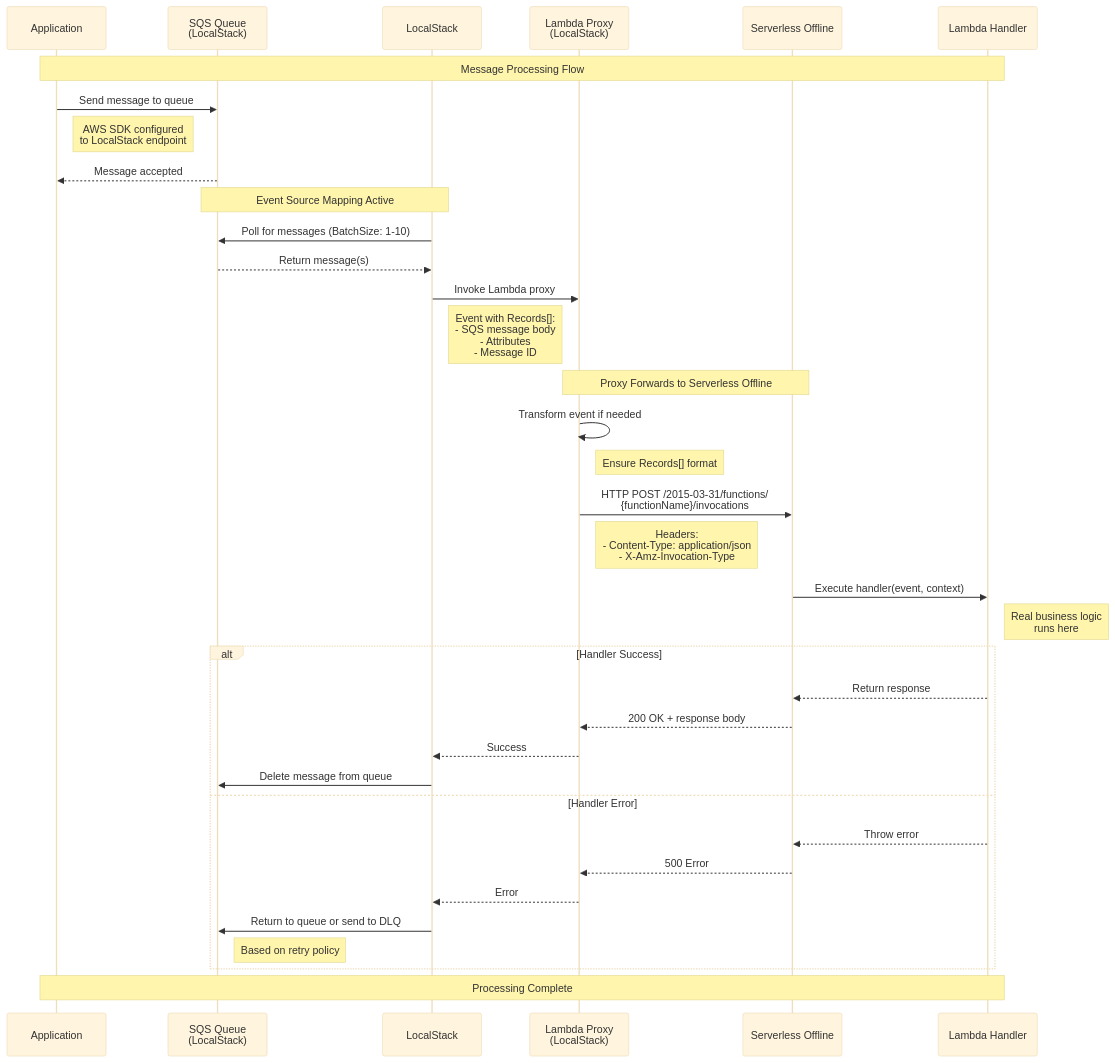
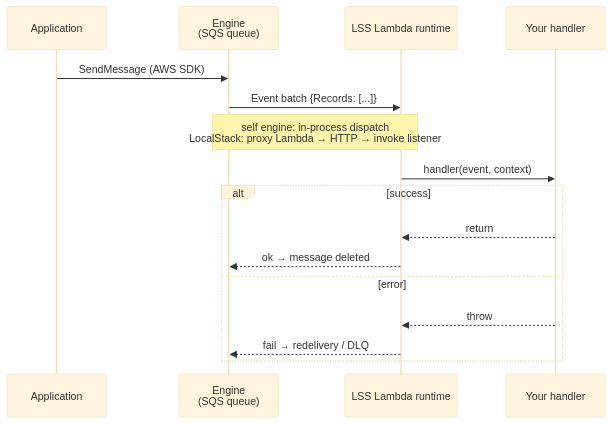
One commit to Viserion77/local-serverless-stack changed the fourth of 4 diagrams in README.md. Above: the diagram before and after it, drawn with Mermaid (base theme). The commit also changed other lines of this file and 32 other files, not shown here.

````diff
--- a/README.md
+++ b/README.md
@@ -487,47 +265,19 @@
 ```mermaid
 sequenceDiagram
     participant App as Application
-    participant SQS as SQS Queue<br/>(LocalStack)
-    participant LS as LocalStack
-    participant Proxy as Lambda Proxy<br/>(LocalStack)
-    participant SLS as Serverless Offline
-    participant Handler as Lambda Handler
+    participant Eng as Engine<br/>(SQS queue)
+    participant RT as LSS Lambda runtime
+    participant H as Your handler
 
-    Note over App,Handler: Message Processing Flow
-
-    App->>SQS: Send message to queue
-    Note right of App: AWS SDK configured<br/>to LocalStack endpoint
-    SQS-->>App: Message accepted
-
-    Note over SQS,LS: Event Source Mapping Active
-    LS->>SQS: Poll for messages (BatchSize: 1-10)
-    SQS-->>LS: Return message(s)
-
-    LS->>Proxy: Invoke Lambda proxy
-    Note right of LS: Event with Records[]:<br/>- SQS message body<br/>- Attributes<br/>- Message ID
-
-    Note over Proxy,SLS: Proxy Forwards to Serverless Offline
-    Proxy->>Proxy: Transform event if needed
-    Note right of Proxy: Ensure Records[] format
-    
-    Proxy->>SLS: HTTP POST /2015-03-31/functions/<br/>{functionName}/invocations
-    Note right of Proxy: Headers:<br/>- Content-Type: application/json<br/>- X-Amz-Invocation-Type
-
-    SLS->>Handler: Execute handler(event, context)
-    Note right of Handler: Real business logic<br/>runs here
-
-    alt Handler Success
-        Handler-->>SLS: Return response
-        SLS-->>Proxy: 200 OK + response body
-        Proxy-->>LS: Success
-        LS->>SQS: Delete message from queue
-    else Handler Error
-        Handler-->>SLS: Throw error
-        SLS-->>Proxy: 500 Error
-        Proxy-->>LS: Error
-        LS->>SQS: Return to queue or send to DLQ
-        Note right of SQS: Based on retry policy
+    App->>Eng: SendMessage (AWS SDK)
+    Eng->>RT: Event batch {Records: [...]}
+    Note over Eng,RT: self engine: in-process dispatch<br/>LocalStack: proxy Lambda → HTTP → invoke listener
+    RT->>H: handler(event, context)
+    alt success
+        H-->>RT: return
+        RT-->>Eng: ok → message deleted
+    else error
+        H-->>RT: throw
+        RT-->>Eng: fail → redelivery / DLQ
     end
-
-    Note over App,Handler: Processing Complete
 ```
````
